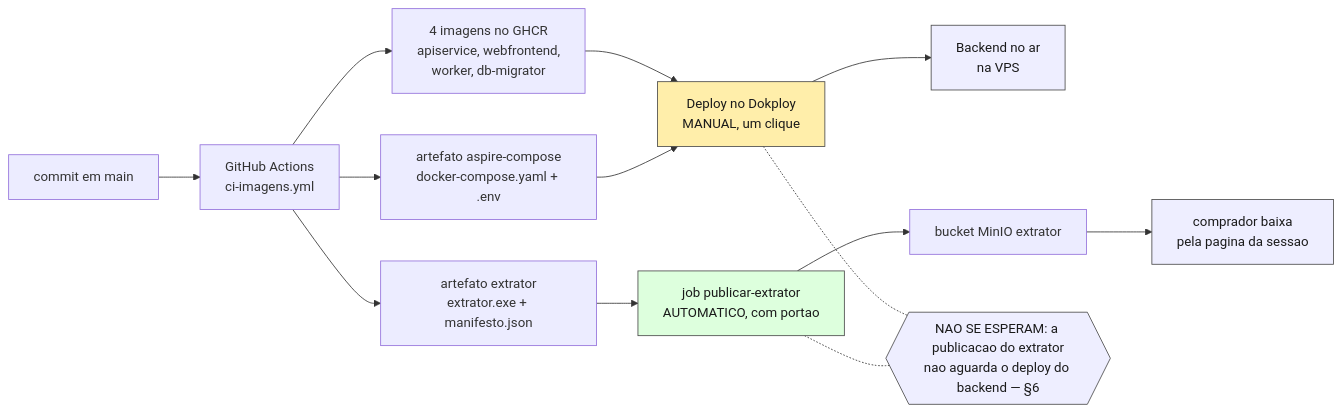
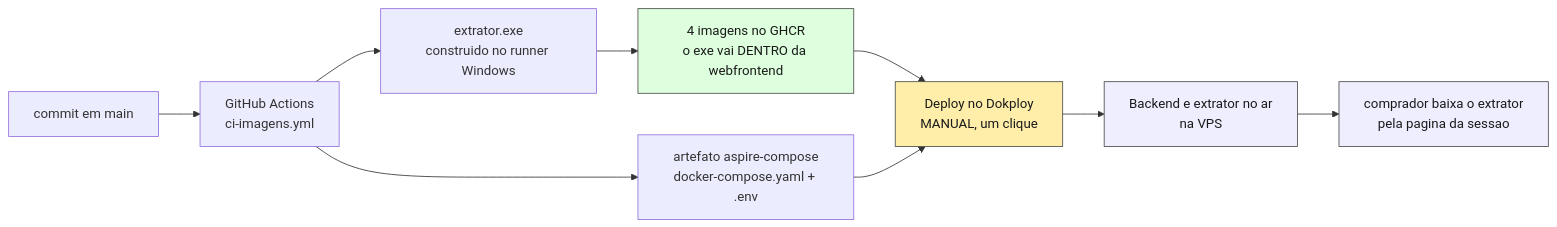
One commit to procfit/MLDemandForcastPOC changed the first of 11 diagrams in Docs/fluxo-de-entrega.md. Above: the diagram before and after it, drawn with Mermaid. The commit also changed other lines of this file and 3 other files, not shown here.

````diff
--- a/Docs/fluxo-de-entrega.md
+++ b/Docs/fluxo-de-entrega.md
@@ -17,26 +17,18 @@
 ```mermaid
 flowchart LR
     C["commit em main"] --> CI["GitHub Actions<br/>ci-imagens.yml"]
 
-    CI --> IMG["4 imagens no GHCR<br/>apiservice, webfrontend,<br/>worker, db-migrator"]
+    CI --> EXE["extrator.exe<br/>construido no runner Windows"]
+    EXE --> IMG["4 imagens no GHCR<br/>o exe vai DENTRO da webfrontend"]
     CI --> CMP["artefato aspire-compose<br/>docker-compose.yaml + .env"]
-    CI --> EXE["artefato extrator<br/>extrator.exe + manifesto.json"]
 
     IMG --> DEP["Deploy no Dokploy<br/>MANUAL, um clique"]
     CMP --> DEP
-    DEP --> VPS["Backend no ar<br/>na VPS"]
-
-    EXE --> PUB["job publicar-extrator<br/>AUTOMATICO, com portao"]
-    PUB --> MINIO["bucket MinIO extrator"]
-    MINIO --> COMP["comprador baixa<br/>pela pagina da sessao"]
-
-    IND{{"NAO SE ESPERAM: a publicacao do extrator<br/>nao aguarda o deploy do backend — §6"}}
-    DEP -.- IND
-    PUB -.- IND
+    DEP --> VPS["Backend e extrator no ar<br/>na VPS"]
+    VPS --> COMP["comprador baixa o extrator<br/>pela pagina da sessao"]
 
     style DEP fill:#fea,stroke:#4a4a4a,color:#1a1a1a
-    style PUB fill:#dfd,stroke:#4a4a4a,color:#1a1a1a
+    style IMG fill:#dfd,stroke:#4a4a4a,color:#1a1a1a
     style VPS fill:#eef,stroke:#4a4a4a,color:#1a1a1a
     style COMP fill:#eef,stroke:#4a4a4a,color:#1a1a1a
-    style IND fill:#eef,stroke:#4a4a4a,color:#1a1a1a
 ```
````
